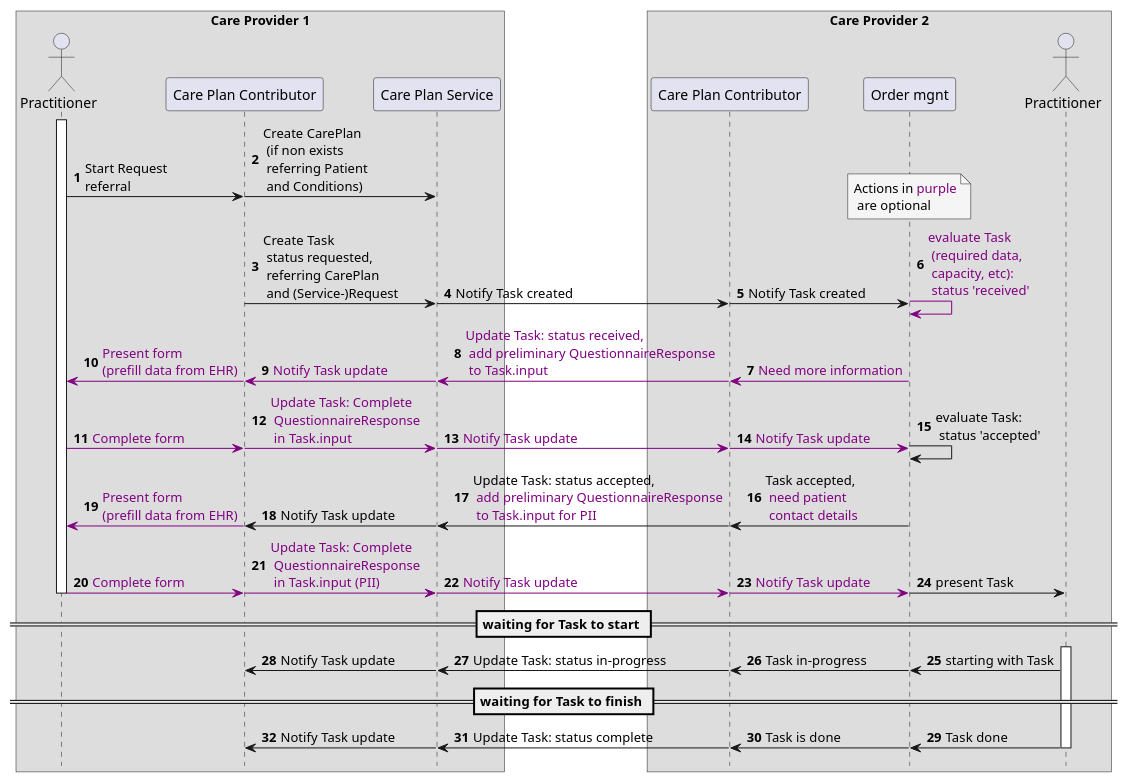
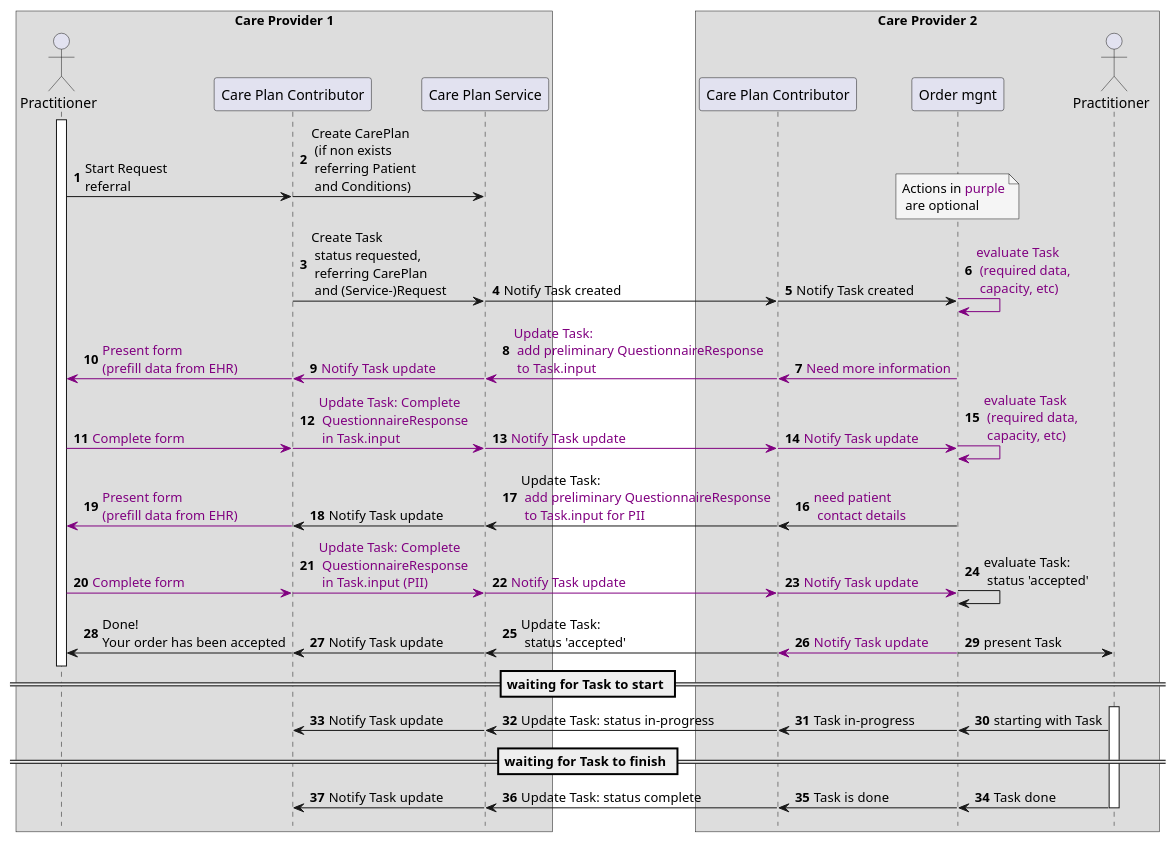
One commit to SanteonNL/shared-care-planning changed the diagram in input/images-source/task-negotiation-overview-1-2.plantuml. Above: the diagram before and after it, drawn with PlantUML.

```diff
--- a/input/images-source/task-negotiation-overview-1-2.plantuml
+++ b/input/images-source/task-negotiation-overview-1-2.plantuml
@@ -1,67 +1,73 @@
 @startuml task-negotiation-overview-1-2
 autonumber
 !pragma teoz true
 
 box Care Provider 1
     actor "Practitioner" as Practitioner1
     participant "Care Plan Contributor" as CPC1
     participant "Care Plan Service" as CPS
 end box
 box Care Provider 2
      participant "Care Plan Contributor" as CPC2
     participant "Order mgnt" as EHR2
     actor "Practitioner" as Practitioner2
 end box
 
 hide footbox
 
 activate Practitioner1
 Practitioner1 -> CPC1 : Start Request\nreferral
 &CPC1 -> CPS : Create CarePlan\n (if non exists\n referring Patient\n and Conditions)
 & note over EHR2 #WhiteSmoke
 Actions in <color #purple>purple
  are optional
 end note
 CPC1 -> CPS : Create Task\n status requested,\n referring CarePlan\n and (Service-)Request
 & CPS -> CPC2  : Notify Task created
 & CPC2 -> EHR2  : Notify Task created
-& EHR2 -[#purple]> EHR2 : <color #purple>evaluate Task\n <color #purple>(required data,\n <color #purple>capacity, etc):\n <color #purple>status 'received'
+& EHR2 -[#purple]> EHR2 : <color #purple>evaluate Task\n <color #purple>(required data,\n <color #purple>capacity, etc)
 
 
 EHR2 -[#purple]> CPC2 : <color #purple>Need more information
-& CPC2 -[#purple]> CPS  : <color #purple>Update Task: status received,\n <color #purple>add preliminary QuestionnaireResponse\n <color #purple>to Task.input
+& CPC2 -[#purple]> CPS  : <color #purple>Update Task:\n <color #purple>add preliminary QuestionnaireResponse\n <color #purple>to Task.input
 & CPS -[#purple]> CPC1 : <color #purple>Notify Task update
 & CPC1 -[#purple]> Practitioner1 : <color #purple>Present form\n<color #purple>(prefill data from EHR)
 
 Practitioner1 -[#purple]> CPC1 : <color #purple>Complete form
 & CPC1 -[#purple]> CPS : <color #purple>Update Task: Complete\n <color #purple>QuestionnaireResponse\n <color #purple>in Task.input
 & CPS -[#purple]> CPC2 : <color #purple>Notify Task update
 & CPC2 -[#purple]> EHR2 : <color #purple>Notify Task update
-& EHR2 -> EHR2 : evaluate Task:\n status 'accepted'
+& EHR2 -[#purple]> EHR2 : <color #purple>evaluate Task\n <color #purple>(required data,\n <color #purple>capacity, etc)
 
-EHR2 -> CPC2 : Task accepted,\n <color #purple>need patient\n <color #purple>contact details
-& CPC2 -> CPS : Update Task: status accepted,\n <color #purple>add preliminary QuestionnaireResponse\n <color #purple>to Task.input for PII
+EHR2 -> CPC2 : <color #purple>need patient\n <color #purple>contact details
+& CPC2 -> CPS : Update Task: \n <color #purple>add preliminary QuestionnaireResponse\n <color #purple>to Task.input for PII
 & CPS -> CPC1 : Notify Task update
 & CPC1 -[#purple]> Practitioner1 : <color #purple>Present form\n<color #purple>(prefill data from EHR)
 
 Practitioner1 -[#purple]> CPC1 : <color #purple>Complete form
 & CPC1 -[#purple]> CPS : <color #purple>Update Task: Complete\n <color #purple>QuestionnaireResponse\n <color #purple>in Task.input (PII)
 & CPS -[#purple]> CPC2 : <color #purple>Notify Task update
 & CPC2 -[#purple]> EHR2 : <color #purple>Notify Task update
+& EHR2 -> EHR2 : evaluate Task:\n status 'accepted'
+
+CPC2 -> CPS : Update Task: \n status 'accepted'
+& EHR2 -[#purple]> CPC2 : <color #purple>Notify Task update
+& CPS -> CPC1 : Notify Task update
+& CPC1 -> Practitioner1 : Done!\nYour order has been accepted
 & EHR2 -> Practitioner2 : present Task
 deactivate Practitioner1
 
 == waiting for Task to start ==
 activate Practitioner2
 Practitioner2 -> EHR2 : starting with Task
 & EHR2 -> CPC2 : Task in-progress
 & CPC2 -> CPS : Update Task: status in-progress
 & CPS -> CPC1 : Notify Task update
 
 == waiting for Task to finish ==
 Practitioner2 -> EHR2 : Task done
 & EHR2 -> CPC2 : Task is done
 & CPC2 -> CPS : Update Task: status complete
 & CPS -> CPC1 : Notify Task update
 deactivate Practitioner2
 @enduml
```
